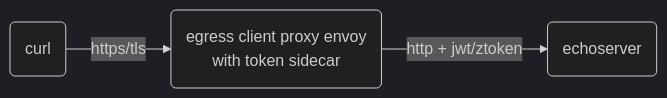
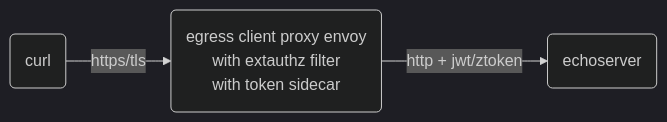
Before and after one commit to ctyano/athenz-distribution: the ninth of 15 diagrams in docs/ENVOY.md, drawn with Mermaid (dark theme). The commit also changed other lines of this file, not shown here.

````diff
--- a/docs/ENVOY.md
+++ b/docs/ENVOY.md
@@ -159,4 +159,4 @@
 ```mermaid
 flowchart LR
-A(curl) -->|https/tls| B(egress client proxy envoy\nwith token sidecar) -->|http + jwt/ztoken| C(echoserver)
+A(curl) -->|https/tls| B(egress client proxy envoy\nwith extauthz filter\nwith token sidecar) -->|http + jwt/ztoken| C(echoserver)
 ```
````
